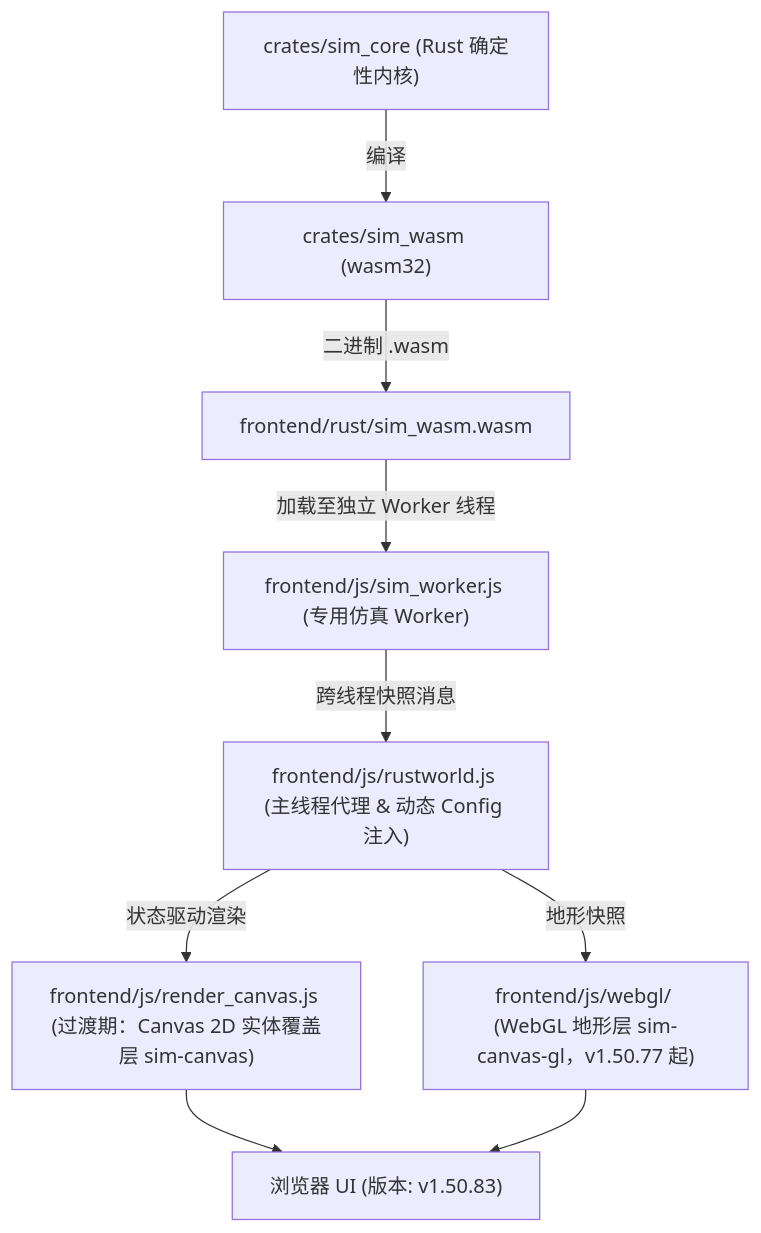
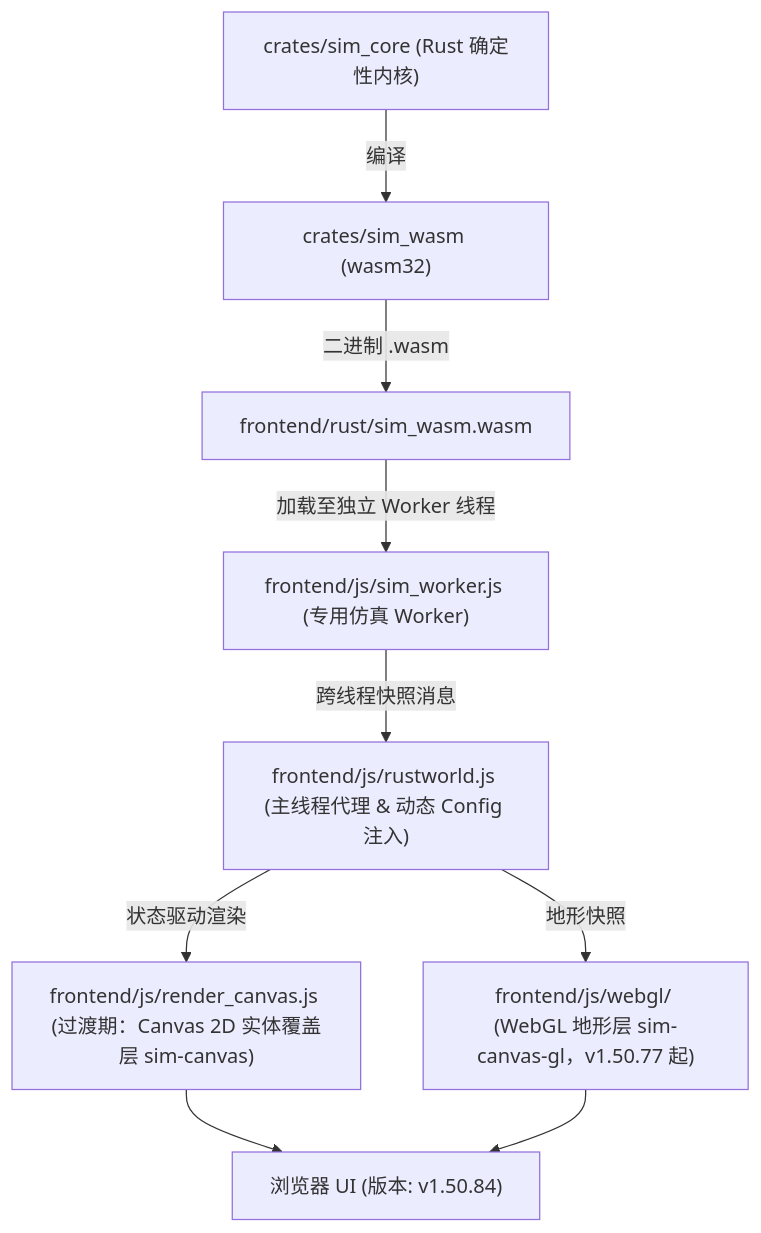
One commit to g39088902/FlowAndAccord changed the diagram in AGENTS.md. Above: the diagram before and after it, drawn with Mermaid. The commit also changed other lines of this file and 21 other files, not shown here.

First line of the commit message:
feat(webgl): 花草木迁移 WebGL + 阴影图替代全部自绘阴影 (v1.50.84)

````diff
--- a/AGENTS.md
+++ b/AGENTS.md
@@ -62,12 +62,12 @@
 ```mermaid
 graph TD
     A["crates/sim_core (Rust 确定性内核)"] -->|编译| B["crates/sim_wasm (wasm32)"]
     B -->|二进制 .wasm| C["frontend/rust/sim_wasm.wasm"]
     C -->|加载至独立 Worker 线程| D["frontend/js/sim_worker.js (专用仿真 Worker)"]
     D -->|跨线程快照消息| E["frontend/js/rustworld.js (主线程代理 & 动态 Config 注入)"]
     E -->|状态驱动渲染| F["frontend/js/render_canvas.js (过渡期：Canvas 2D 实体覆盖层 sim-canvas)"]
     E -->|地形快照| F2["frontend/js/webgl/ (WebGL 地形层 sim-canvas-gl，v1.50.77 起)"]
-    F --> G["浏览器 UI (版本: v1.50.83)"]
+    F --> G["浏览器 UI (版本: v1.50.84)"]
     F2 --> G
 
 ```
````
